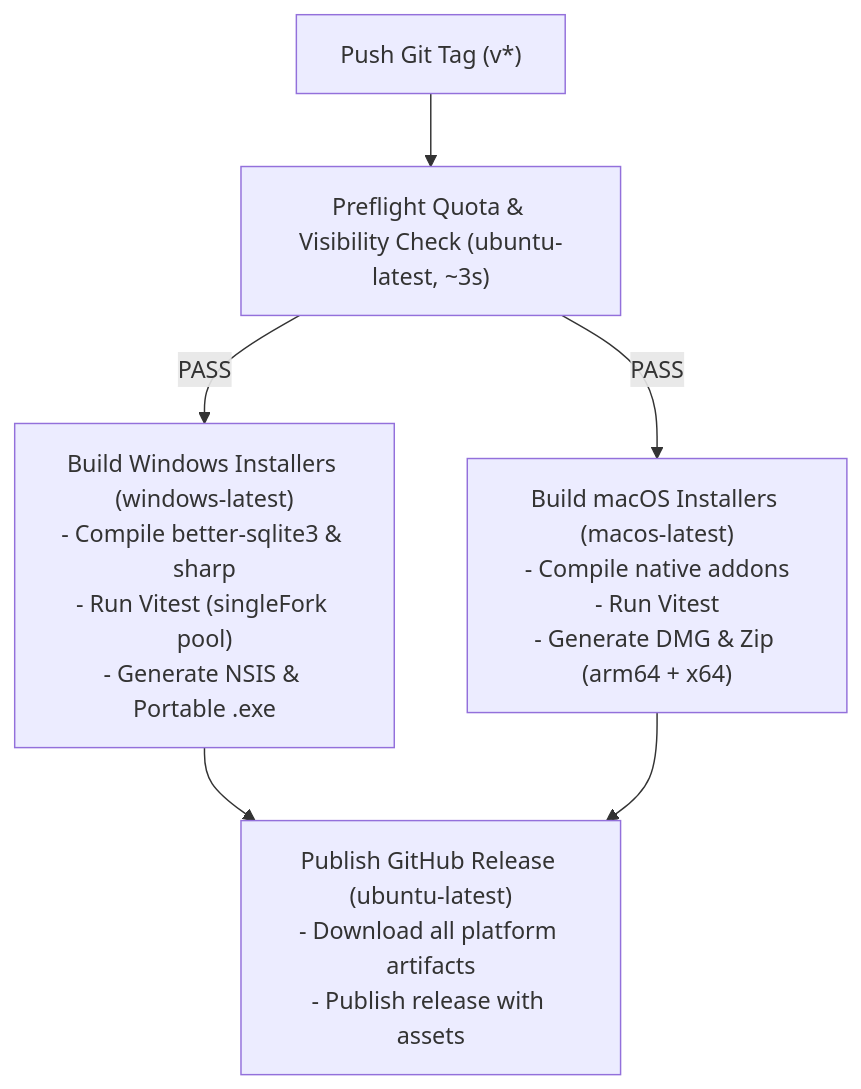
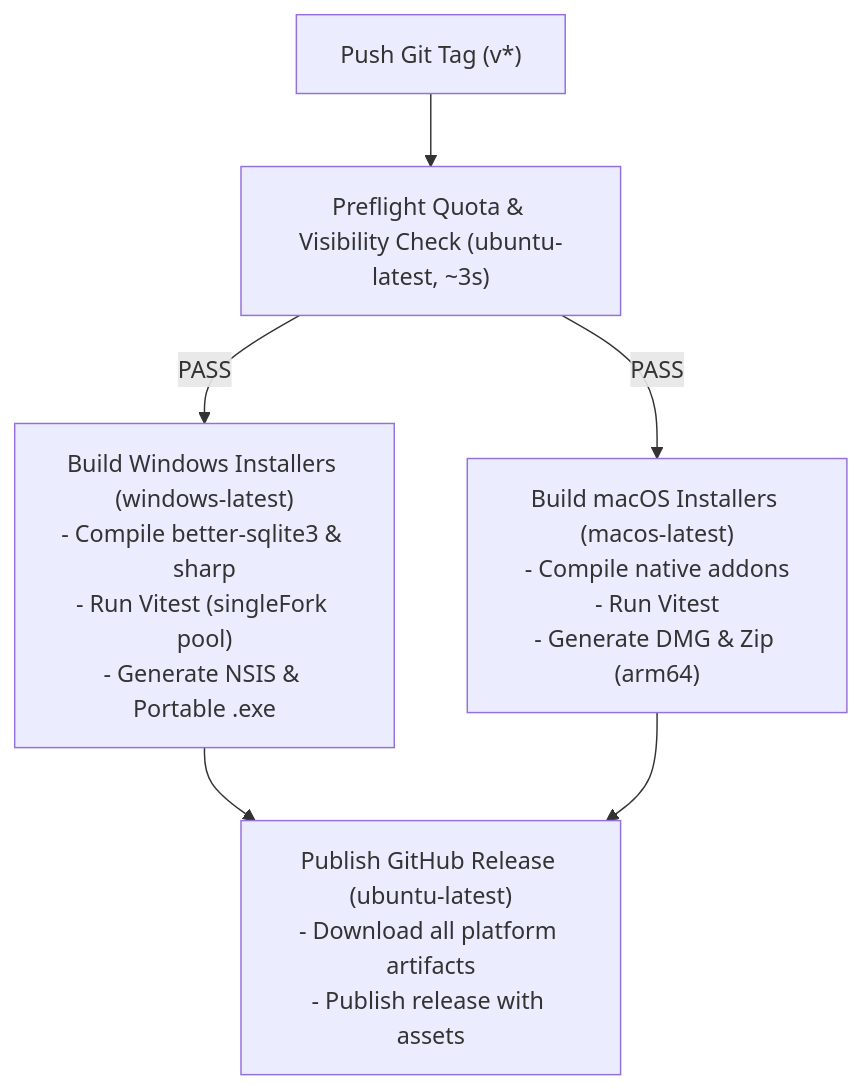
One commit to Biodam/StickerChest changed the diagram in docs/standards/packaging-and-releases.md. Above: the diagram before and after it, drawn with Mermaid. The commit also changed other lines of this file and 3 other files, not shown here.

Commit message:
build(mac): remove intel x64 target to build apple silicon arm64 only

````diff
--- a/docs/standards/packaging-and-releases.md
+++ b/docs/standards/packaging-and-releases.md
@@ -40,10 +39,10 @@
 ```mermaid
 flowchart TD
     TagTrigger["Push Git Tag (v*)"] --> QuotaCheck["Preflight Quota & Visibility Check (ubuntu-latest, ~3s)"]
     
     QuotaCheck -->|"PASS"| WindowsJob["Build Windows Installers (windows-latest)\n- Compile better-sqlite3 & sharp\n- Run Vitest (singleFork pool)\n- Generate NSIS & Portable .exe"]
-    QuotaCheck -->|"PASS"| MacOSJob["Build macOS Installers (macos-latest)\n- Compile native addons\n- Run Vitest\n- Generate DMG & Zip (arm64 + x64)"]
+    QuotaCheck -->|"PASS"| MacOSJob["Build macOS Installers (macos-latest)\n- Compile native addons\n- Run Vitest\n- Generate DMG & Zip (arm64)"]
     
     WindowsJob --> PublishJob["Publish GitHub Release (ubuntu-latest)\n- Download all platform artifacts\n- Publish release with assets"]
     MacOSJob --> PublishJob
 ```
````
